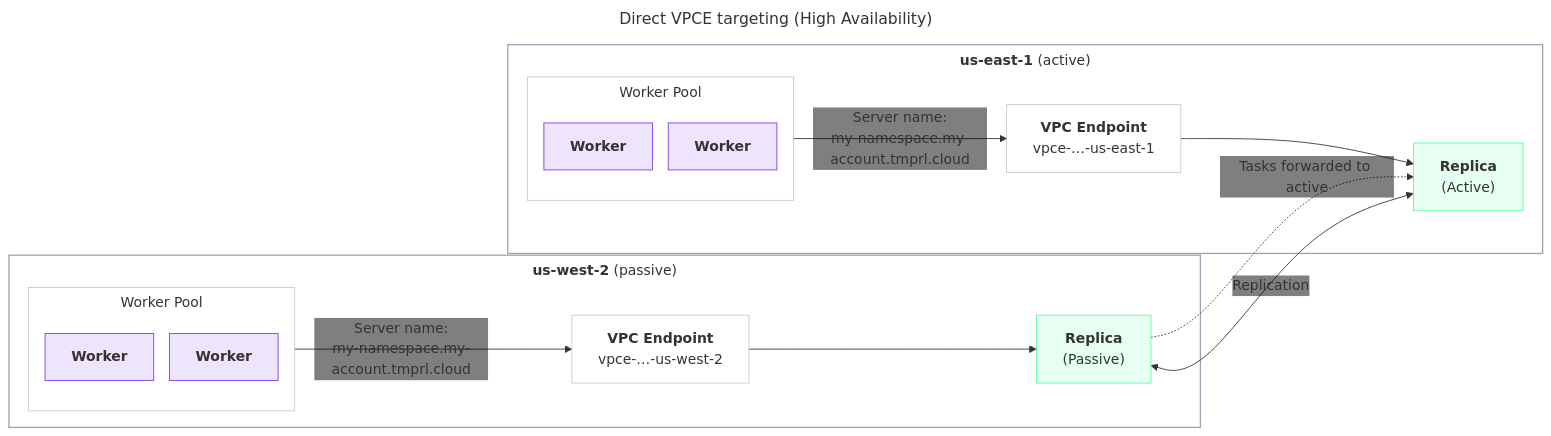
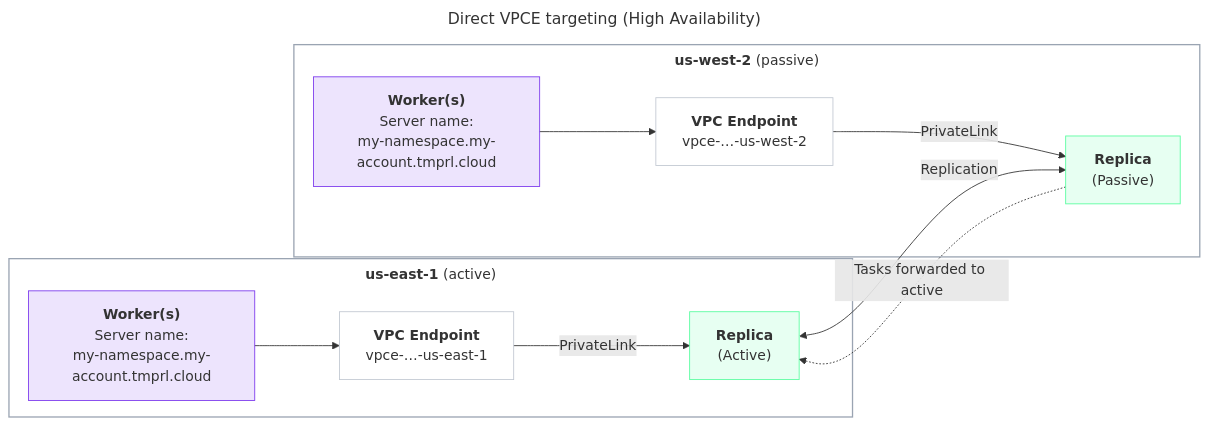
Before and after one commit to temporalio/documentation: the second of 2 diagrams in docs/cloud/connectivity/aws-connectivity.mdx, drawn with Mermaid. The commit also changed other lines of this file, not shown here.

````diff
--- a/docs/cloud/connectivity/aws-connectivity.mdx
+++ b/docs/cloud/connectivity/aws-connectivity.mdx
@@ -257,36 +262,28 @@
 ```mermaid
 ---
 title: Direct VPCE targeting (High Availability)
 ---
-%%{init: {'themeVariables':{'fontFamily':'Inter, ui-sans-serif, system-ui, sans-serif','edgeLabelBackground':'transparent'},'flowchart':{'nodeSpacing':18,'rankSpacing':45,'curve':'basis','subGraphTitleMargin':{'top':6,'bottom':12}}}}%%
+%%{init: {'themeVariables':{'fontFamily':'Inter, ui-sans-serif, system-ui, sans-serif'},'flowchart':{'nodeSpacing':18,'rankSpacing':45,'curve':'basis','subGraphTitleMargin':{'top':6,'bottom':12}}}}%%
 flowchart LR
     classDef worker fill:#7C3AED22,stroke:#7C3AED,stroke-width:1px;
     classDef ns fill:#59FDA024,stroke:#59FDA0,stroke-width:1px;
     classDef endpoint fill:transparent,stroke:#c2c8d2,stroke-width:1px;
     classDef region fill:transparent,stroke:#9aa4b2,stroke-width:1.5px;
-    classDef pool fill:transparent,stroke:#c2c8d2,stroke-width:1px;
     subgraph HPRIM["<b>us-east-1</b> (active)"]
-      subgraph HWPA["Worker Pool"]
-        HWA1["<b>Worker</b>"]:::worker
-        HWA2["<b>Worker</b>"]:::worker
-      end
+      HWA["<b>Worker(s)</b><br/>Server name:<br/>my-namespace.my-account.tmprl.cloud"]:::worker
       HVPA["<b>VPC Endpoint</b><br/>vpce-…-us-east-1"]:::endpoint
       HNSA["<b>Replica</b><br/>(Active)"]:::ns
-      HWPA -->|"Server name:<br/>my-namespace.my-account.tmprl.cloud"| HVPA
-      HVPA --> HNSA
+      HWA --> HVPA
+      HVPA -->|PrivateLink| HNSA
     end
     subgraph HSEC["<b>us-west-2</b> (passive)"]
-      subgraph HWPB["Worker Pool"]
-        HWB1["<b>Worker</b>"]:::worker
-        HWB2["<b>Worker</b>"]:::worker
-      end
+      HWB["<b>Worker(s)</b><br/>Server name:<br/>my-namespace.my-account.tmprl.cloud"]:::worker
       HVPB["<b>VPC Endpoint</b><br/>vpce-…-us-west-2"]:::endpoint
       HNSB["<b>Replica</b><br/>(Passive)"]:::ns
-      HWPB -->|"Server name:<br/>my-namespace.my-account.tmprl.cloud"| HVPB
-      HVPB --> HNSB
+      HWB --> HVPB
+      HVPB -->|PrivateLink| HNSB
     end
     HNSB -.->|"Tasks forwarded to active"| HNSA
     HNSA <-->|Replication| HNSB
     class HPRIM,HSEC region
-    class HWPA,HWPB pool
 ```
````
